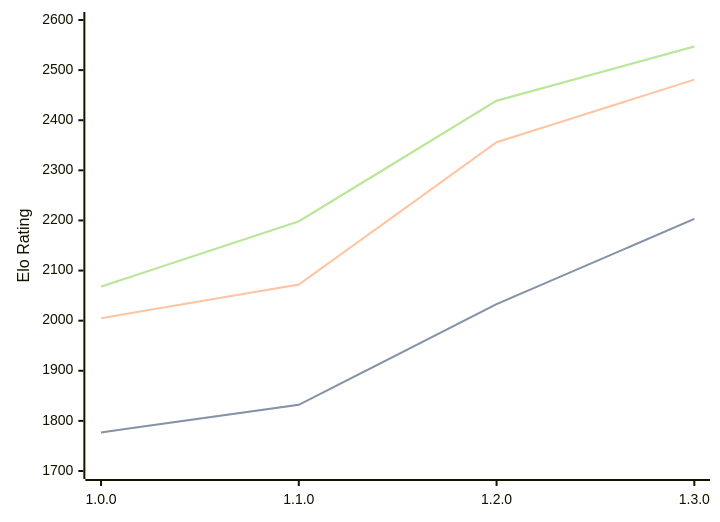
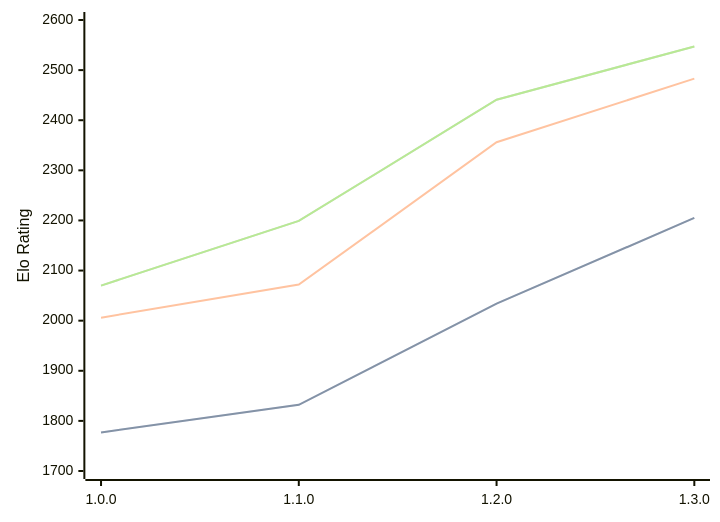
Before and after one commit to computer-chess-index/cci: the diagram in engines/Anodos.md, drawn with Mermaid. The commit also changed other lines of this file, not shown here.

Commit message:
Update CCI Ratings (ELO VLTC) - 2026-05-12

````diff
--- a/engines/Anodos.md
+++ b/engines/Anodos.md
@@ -45,11 +45,11 @@
 ```mermaid
 %%{init: {"theme":"base","themeVariables":{"seriesColors:['#a3a3a3','#222221','#faa371']}}}%%
 xychart-beta
   x-axis ["1.0.0", "1.1.0", "1.2.0", "1.3.0"]
   y-axis "Elo Rating" 1700 --> 2600
-  line "STC (8.0+0.08s)" [1777, 1832, 2033, 2203]
-  line "STC (8.0+0.08s)" [1777, 1832, 2033, 2203]
-  line "LTC (60.0+0.60s)" [2005, 2072, 2356, 2481]
-  line "VLTC (2m24s+1.12s)" [2068, 2198, 2439, 2547]
-  line "VLTC (2m24s+1.12s)" [2068, 2198, 2439, 2547]
+  line "STC (8.0+0.08s)" [1777, 1832, 2034, 2205]
+  line "STC (8.0+0.08s)" [1777, 1832, 2034, 2205]
+  line "LTC (60.0+0.60s)" [2006, 2072, 2356, 2483]
+  line "VLTC (2m24s+1.12s)" [2070, 2199, 2441, 2547]
+  line "VLTC (2m24s+1.12s)" [2070, 2199, 2441, 2547]
 ```
````
